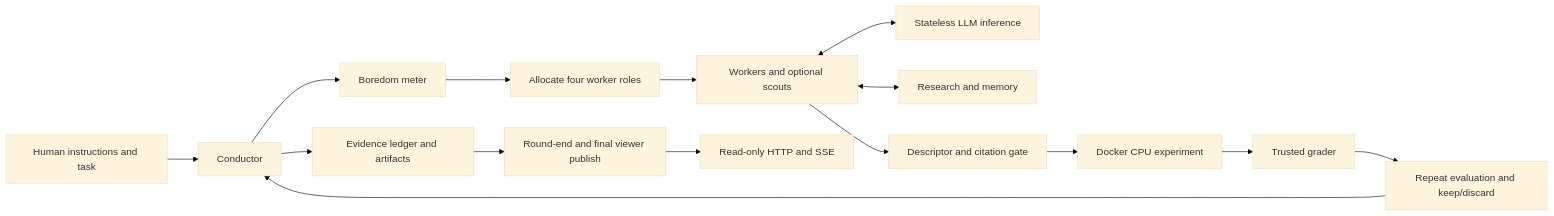
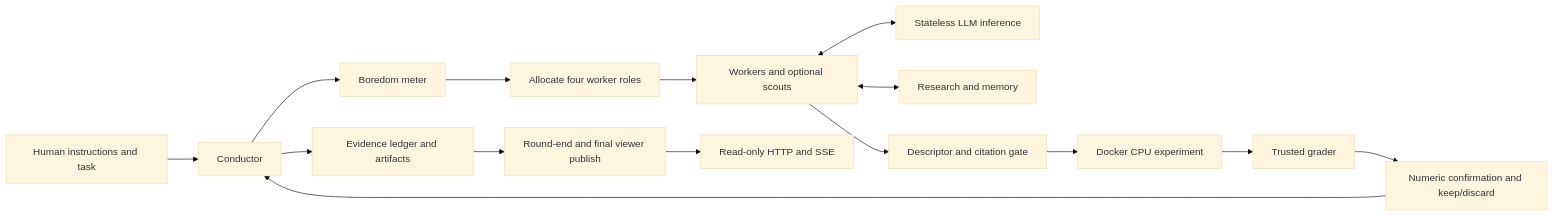
Before and after one commit to arii/caffeinated: the first of 4 diagrams in README.md, drawn with Mermaid (base theme). The commit also changed other lines of this file and 5 other files, not shown here.

````diff
--- a/README.md
+++ b/README.md
@@ -10,17 +10,17 @@
 ```mermaid
 flowchart LR
   H[Human instructions and task] --> C[Conductor]
   C --> B[Boredom meter]
   B --> R[Allocate four worker roles]
   R --> W[Workers and optional scouts]
   W <--> L[Stateless LLM inference]
   W <--> G[Research and memory]
   W --> N[Descriptor and citation gate]
   N --> E[Docker CPU experiment]
   E --> T[Trusted grader]
-  T --> K[Repeat evaluation and keep/discard]
+  T --> K[Numeric confirmation and keep/discard]
   K --> C
   C --> A[Evidence ledger and artifacts]
   A --> P[Round-end and final viewer publish]
   P --> V[Read-only HTTP and SSE]
 ```
````
